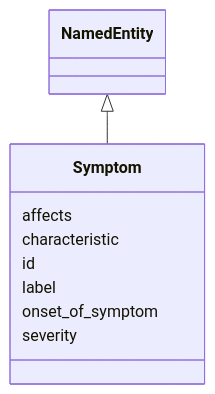
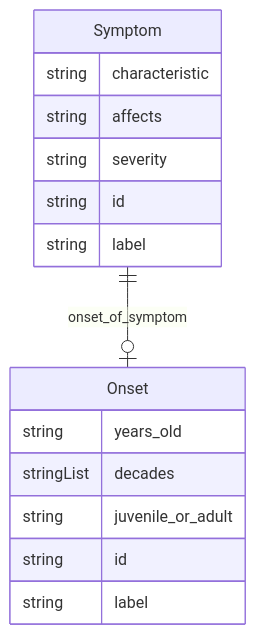
Before and after one commit to monarch-initiative/ontogpt: the diagram in docs/mendelian_disease/Symptom.md, drawn with Mermaid. The commit also changed 187 other files, not shown here.

````diff
--- a/docs/mendelian_disease/Symptom.md
+++ b/docs/mendelian_disease/Symptom.md
@@ -8,13 +8,20 @@
 ```mermaid
- classDiagram
-    class Symptom
-      NamedEntity <|-- Symptom
-      
-      Symptom : affects
-      Symptom : characteristic
-      Symptom : id
-      Symptom : label
-      Symptom : onset_of_symptom
-      Symptom : severity
-      
+erDiagram
+Symptom {
+    string characteristic  
+    string affects  
+    string severity  
+    string id  
+    string label  
+}
+Onset {
+    string years_old  
+    stringList decades  
+    string juvenile_or_adult  
+    string id  
+    string label  
+}
+
+Symptom ||--|o Onset : "onset_of_symptom"
+
 ```
````
